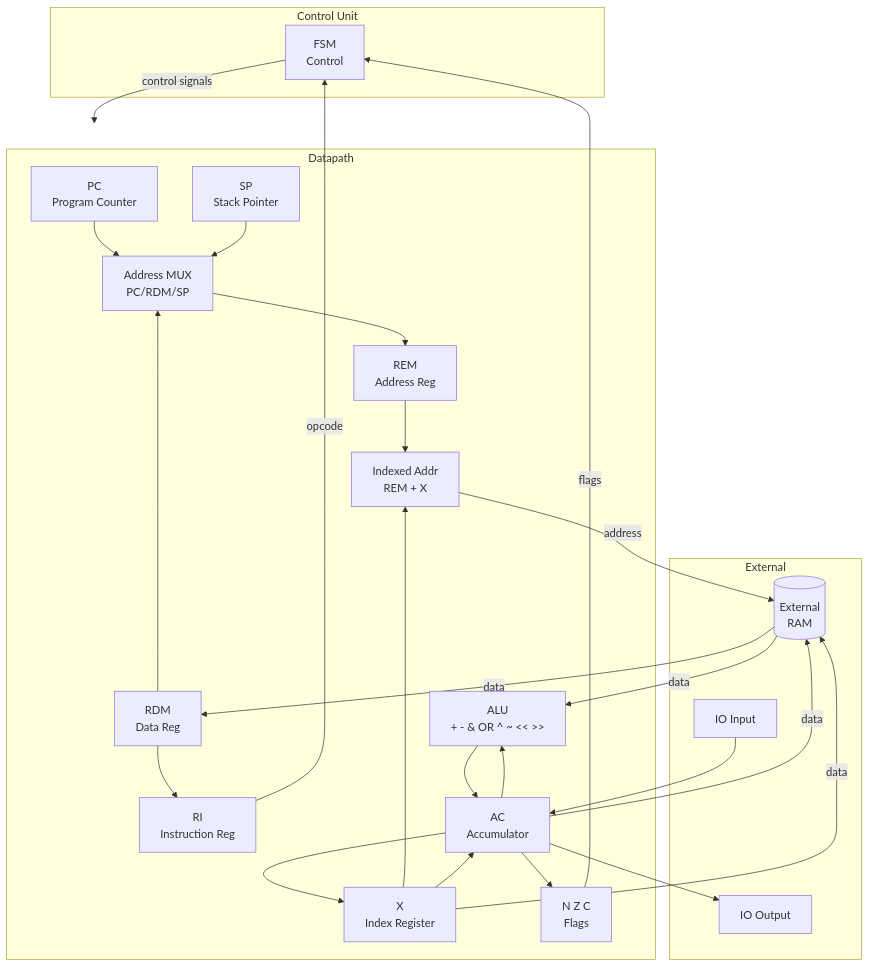
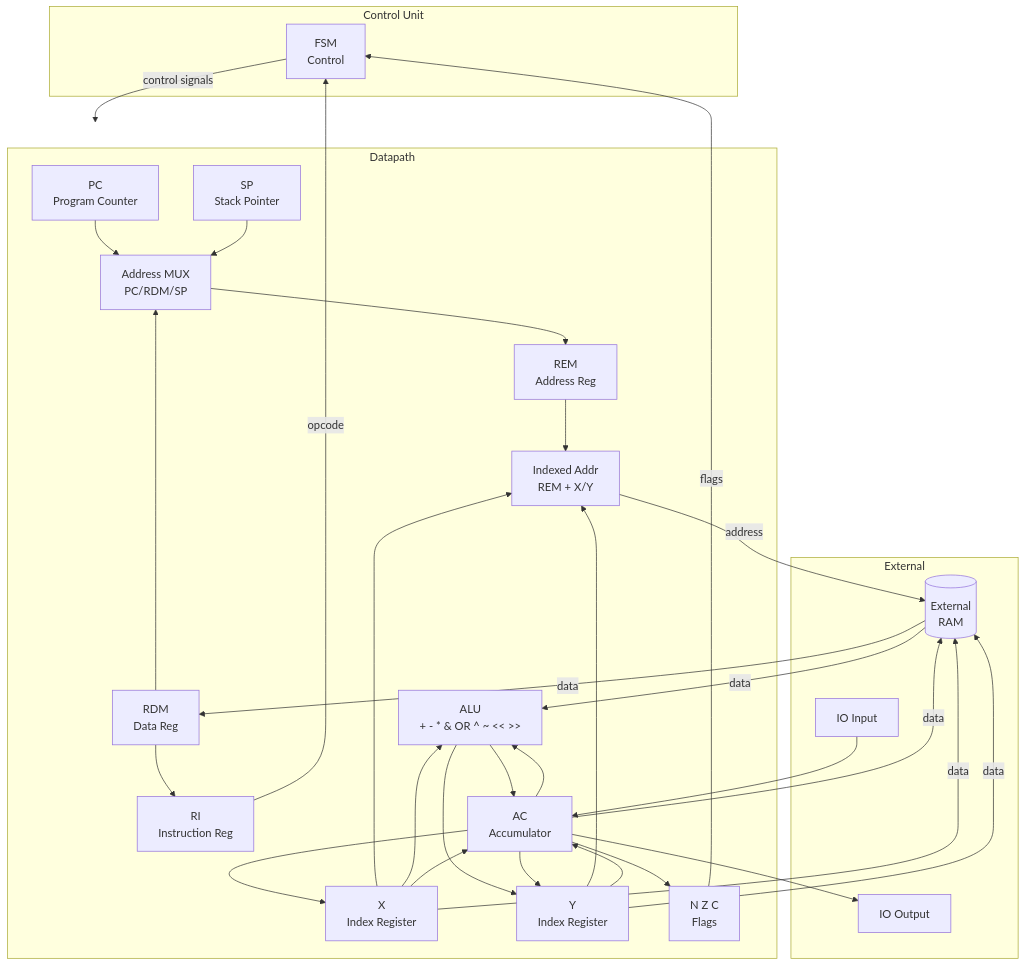
The diagram in README.md (leonardoaraujosantos/neander_tinytapeout_2026), drawn with Mermaid before and after one commit. The commit also changed other lines of this file and 1 other file, not shown here.

First line of the commit message:
Update documentation with Y register and MUL instruction

````diff
--- a/README.md
+++ b/README.md
@@ -116,50 +148,57 @@
 ```mermaid
 graph TB
     subgraph Control Unit
         FSM[FSM<br/>Control]
     end
 
     subgraph Datapath
         PC[PC<br/>Program Counter]
         SP[SP<br/>Stack Pointer]
         X[X<br/>Index Register]
+        Y[Y<br/>Index Register]
         RI[RI<br/>Instruction Reg]
         REM[REM<br/>Address Reg]
         RDM[RDM<br/>Data Reg]
         AC[AC<br/>Accumulator]
-        ALU[ALU<br/>+ - & OR ^ ~ << >>]
+        ALU[ALU<br/>+ - * & OR ^ ~ << >>]
         NZC[N Z C<br/>Flags]
         MUX[Address MUX<br/>PC/RDM/SP]
-        IDX[Indexed Addr<br/>REM + X]
+        IDX[Indexed Addr<br/>REM + X/Y]
     end
 
     subgraph External
         RAM[(External<br/>RAM)]
         IO_IN[IO Input]
         IO_OUT[IO Output]
     end
 
     FSM -->|control signals| Datapath
     RI -->|opcode| FSM
     NZC -->|flags| FSM
 
     PC --> MUX
     RDM --> MUX
     SP --> MUX
     MUX --> REM
     REM --> IDX
     X --> IDX
+    Y --> IDX
     IDX -->|address| RAM
     RAM -->|data| RDM
     RDM --> RI
     AC --> ALU
+    X --> ALU
+    ALU --> AC
+    ALU --> Y
     AC --> X
+    AC --> Y
     X --> AC
+    Y --> AC
     RAM -->|data| ALU
-    ALU --> AC
     AC --> NZC
     AC -->|data| RAM
     X -->|data| RAM
+    Y -->|data| RAM
     IO_IN --> AC
     AC --> IO_OUT
 ```
````
